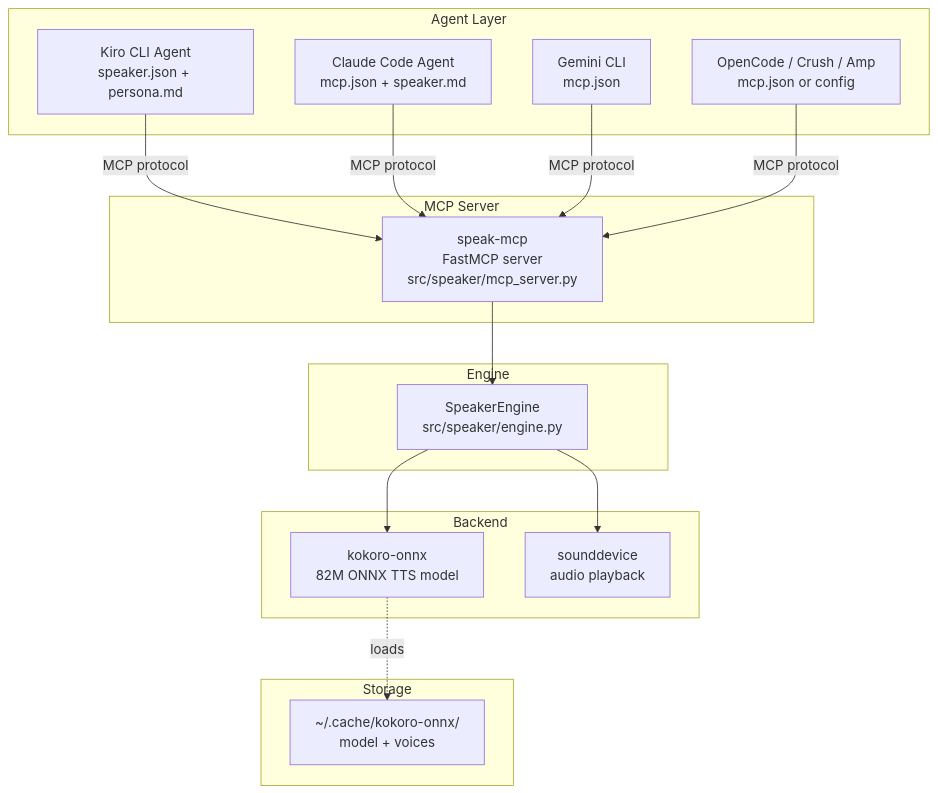
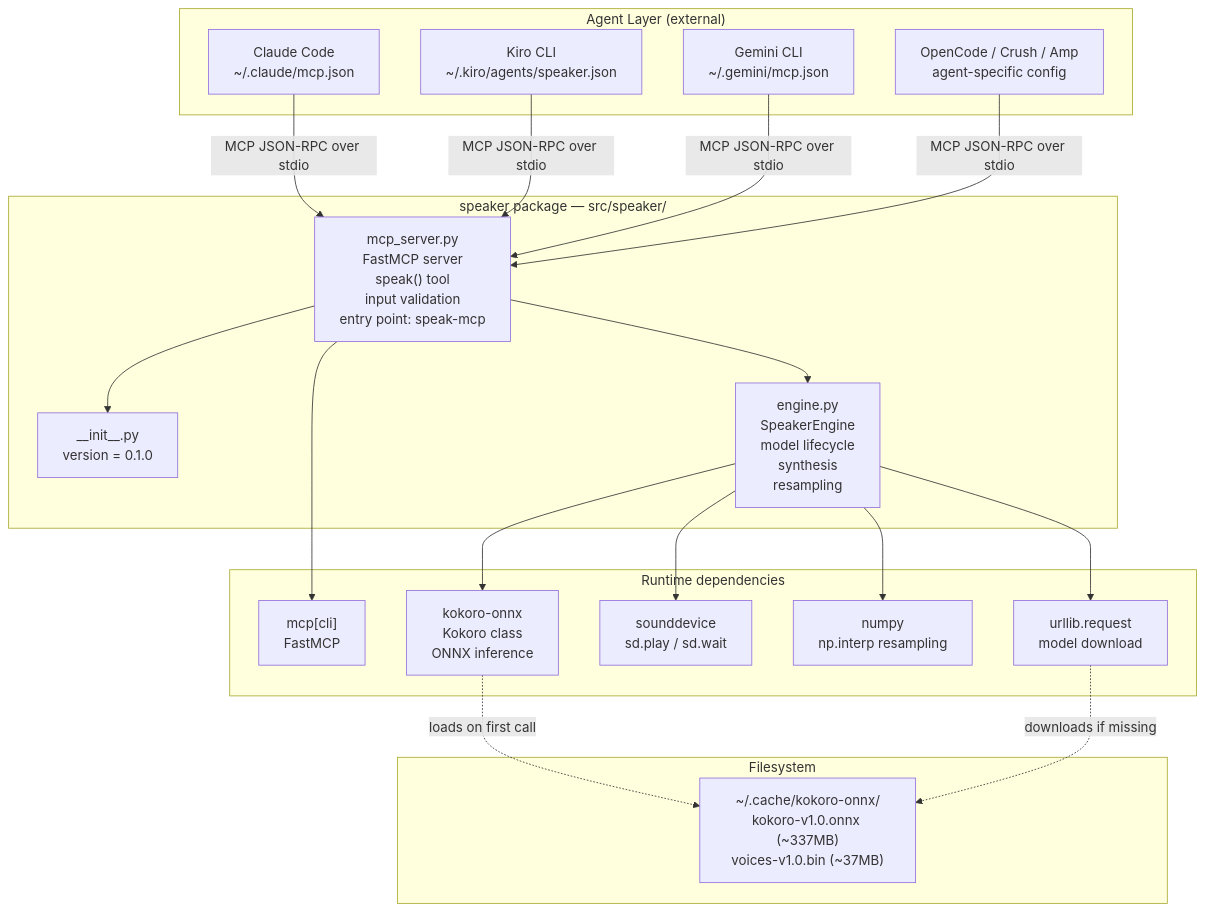
The first of 7 diagrams in docs/codemap.md (NetDevAutomate/Agent-Speaker), drawn with Mermaid before and after one commit. The commit also changed other lines of this file and 7 other files, not shown here.

First line of the commit message:
docs: add C4 architecture, architecture deep-dive, runbook; rewrite codemap, use-cases, troubleshooting

````diff
--- a/docs/codemap.md
+++ b/docs/codemap.md
@@ -7,35 +68,43 @@
 ```mermaid
 graph TB
-    subgraph "Agent Layer"
-        KA[Kiro CLI Agent<br/>speaker.json + persona.md]
-        CA[Claude Code Agent<br/>mcp.json + speaker.md]
-        GA[Gemini CLI<br/>mcp.json]
-        OA[OpenCode / Crush / Amp<br/>mcp.json or config]
+    subgraph "Agent Layer (external)"
+        CA["Claude Code<br/>~/.claude/mcp.json"]
+        KA["Kiro CLI<br/>~/.kiro/agents/speaker.json"]
+        GA["Gemini CLI<br/>~/.gemini/mcp.json"]
+        OA["OpenCode / Crush / Amp<br/>agent-specific config"]
     end
 
-    subgraph "MCP Server"
-        MCP[speak-mcp<br/>FastMCP server<br/>src/speaker/mcp_server.py]
+    subgraph "speaker package — src/speaker/"
+        INIT["__init__.py<br/>version = 0.1.0"]
+        MCP["mcp_server.py<br/>FastMCP server<br/>speak() tool<br/>input validation<br/>entry point: speak-mcp"]
+        ENG["engine.py<br/>SpeakerEngine<br/>model lifecycle<br/>synthesis<br/>resampling"]
     end
 
-    subgraph "Engine"
-        ENG[SpeakerEngine<br/>src/speaker/engine.py]
+    subgraph "Runtime dependencies"
+        FASTMCP["mcp[cli]<br/>FastMCP"]
+        KOKORO["kokoro-onnx<br/>Kokoro class<br/>ONNX inference"]
+        SD["sounddevice<br/>sd.play / sd.wait"]
+        NP["numpy<br/>np.interp resampling"]
+        URLLIB["urllib.request<br/>model download"]
     end
 
-    subgraph "Backend"
-        KO[kokoro-onnx<br/>82M ONNX TTS model]
-        SD[sounddevice<br/>audio playback]
+    subgraph "Filesystem"
+        CACHE["~/.cache/kokoro-onnx/<br/>kokoro-v1.0.onnx (~337MB)<br/>voices-v1.0.bin (~37MB)"]
     end
 
-    subgraph "Storage"
-        MODEL[~/.cache/kokoro-onnx/<br/>model + voices]
-    end
+    CA -->|"MCP JSON-RPC over stdio"| MCP
+    KA -->|"MCP JSON-RPC over stdio"| MCP
+    GA -->|"MCP JSON-RPC over stdio"| MCP
+    OA -->|"MCP JSON-RPC over stdio"| MCP
 
-    KA -->|MCP protocol| MCP
-    CA -->|MCP protocol| MCP
-    GA -->|MCP protocol| MCP
-    OA -->|MCP protocol| MCP
+    MCP --> INIT
     MCP --> ENG
-    ENG --> KO
+    MCP --> FASTMCP
+
+    ENG --> KOKORO
     ENG --> SD
-    KO -.->|loads| MODEL
+    ENG --> NP
+    ENG --> URLLIB
+    KOKORO -.->|"loads on first call"| CACHE
+    URLLIB -.->|"downloads if missing"| CACHE
 ```
````
